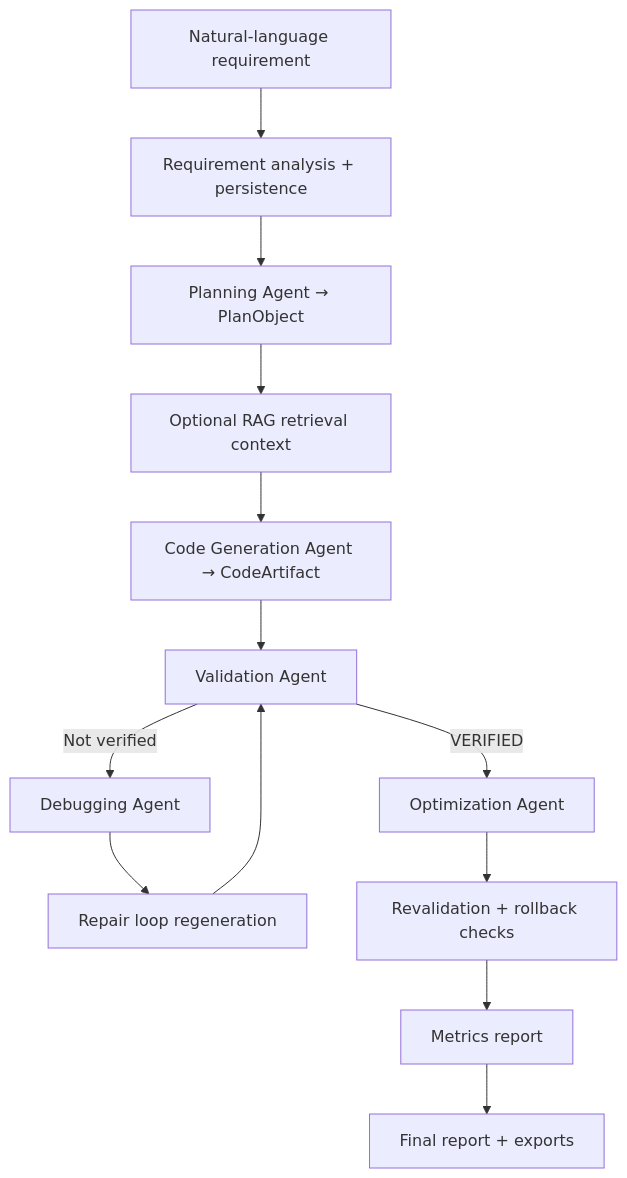
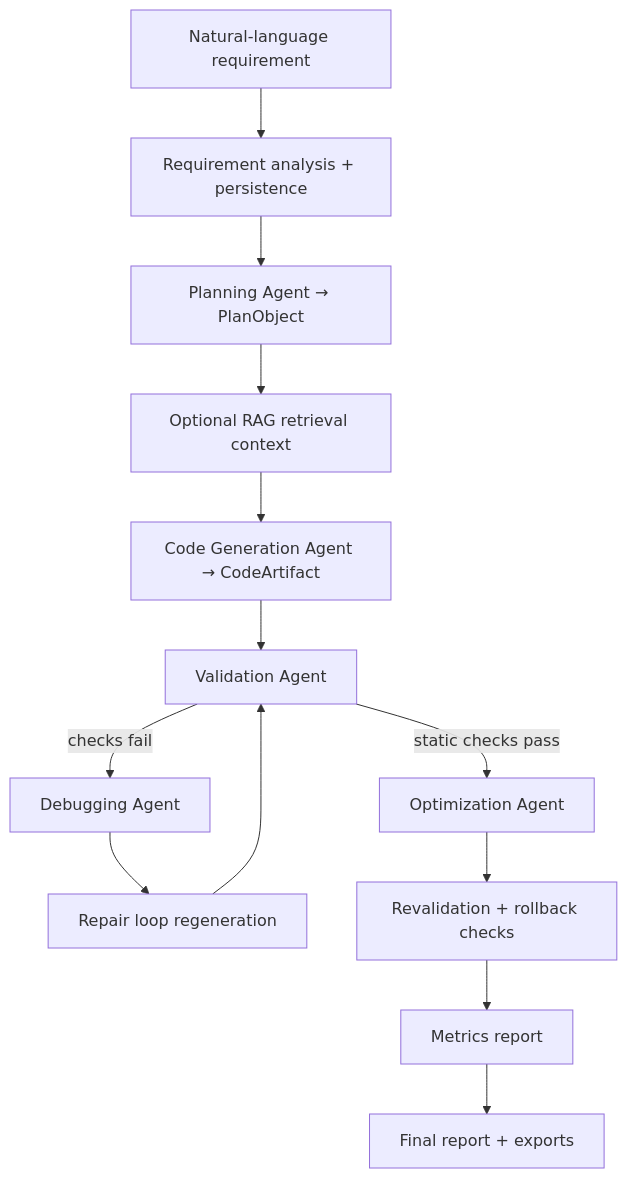
The diagram in README.md (alfalahnaif/OptPLC), drawn with Mermaid before and after one commit. The commit also changed other lines of this file and 7 other files, not shown here.

````diff
--- a/README.md
+++ b/README.md
@@ -29,15 +33,15 @@
 ```mermaid
 flowchart TD
     A[Natural-language requirement] --> B[Requirement analysis + persistence]
     B --> C[Planning Agent → PlanObject]
     C --> D[Optional RAG retrieval context]
     D --> E[Code Generation Agent → CodeArtifact]
     E --> F[Validation Agent]
-    F -->|VERIFIED| G[Optimization Agent]
-    F -->|Not verified| H[Debugging Agent]
+    F -->|static checks pass| G[Optimization Agent]
+    F -->|checks fail| H[Debugging Agent]
     H --> I[Repair loop regeneration]
     I --> F
     G --> J[Revalidation + rollback checks]
     J --> K[Metrics report]
     K --> L[Final report + exports]
 ```
````
